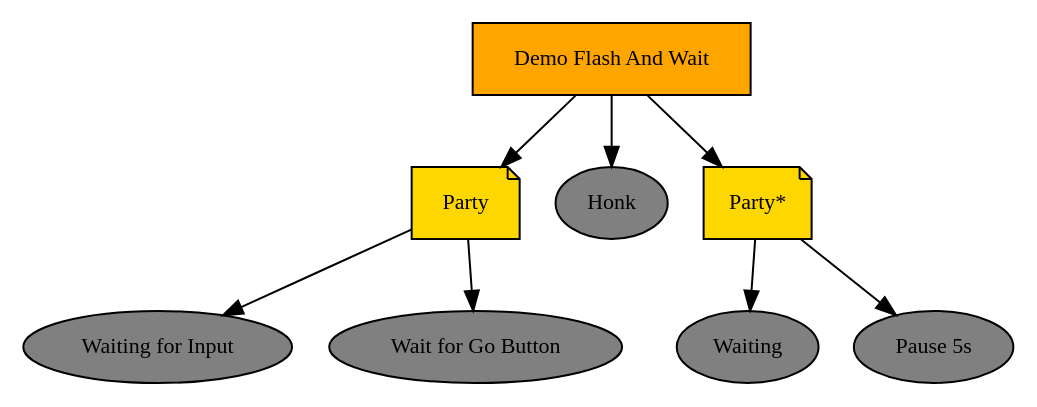
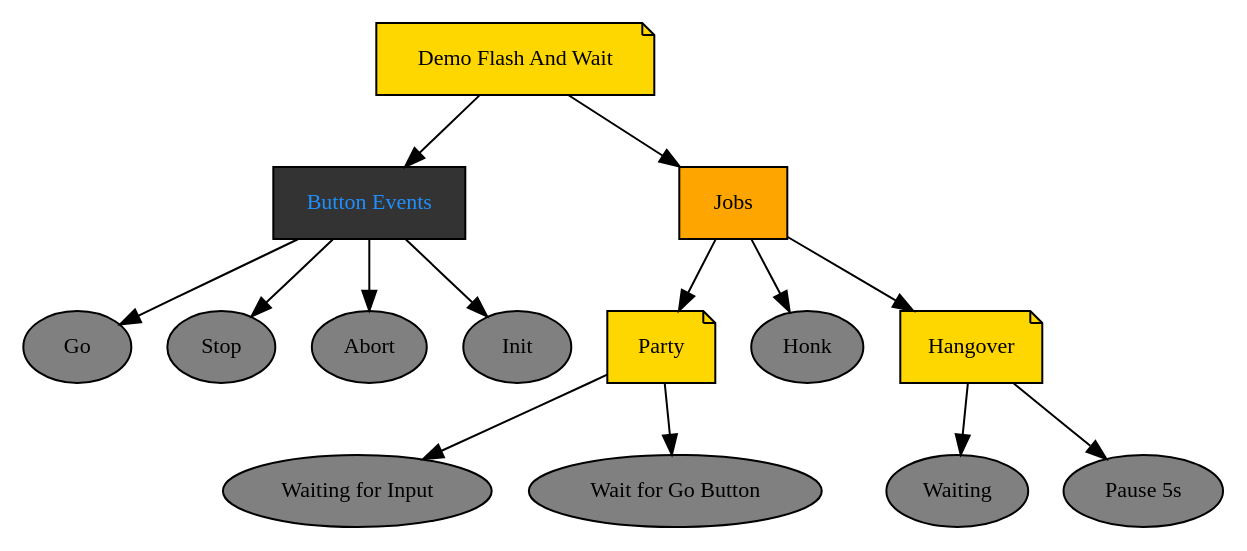
Before and after one commit to splintered-reality/py_trees: the diagram in gopher_behaviours/doc/dot/demo_flash_and_wait.dot, drawn with Graphviz. The commit also changed 6 other files, not shown here.

```diff
--- a/gopher_behaviours/doc/dot/demo_flash_and_wait.dot
+++ b/gopher_behaviours/doc/dot/demo_flash_and_wait.dot
@@ -1,17 +1,29 @@
 digraph demo_flash_and_wait {
-"Demo Flash And Wait" [fontcolor=black, shape=box, fontsize=11, style=filled, fillcolor=orange];
+"Demo Flash And Wait" [fontcolor=black, shape=note, fontsize=11, style=filled, fillcolor=gold];
+"Button Events" [fontcolor=dodgerblue, shape=box, fontsize=11, style=filled, fillcolor=gray20];
+"Demo Flash And Wait" -> "Button Events";
+Go [fontcolor=black, shape=ellipse, fontsize=11, style=filled, fillcolor=gray];
+"Button Events" -> Go;
+Stop [fontcolor=black, shape=ellipse, fontsize=11, style=filled, fillcolor=gray];
+"Button Events" -> Stop;
+Abort [fontcolor=black, shape=ellipse, fontsize=11, style=filled, fillcolor=gray];
+"Button Events" -> Abort;
+Init [fontcolor=black, shape=ellipse, fontsize=11, style=filled, fillcolor=gray];
+"Button Events" -> Init;
+Jobs [fontcolor=black, shape=box, fontsize=11, style=filled, fillcolor=orange];
+"Demo Flash And Wait" -> Jobs;
 Party [fontcolor=black, shape=note, fontsize=11, style=filled, fillcolor=gold];
-"Demo Flash And Wait" -> Party;
+Jobs -> Party;
 "Waiting for Input" [fontcolor=black, shape=ellipse, fontsize=11, style=filled, fillcolor=gray];
 Party -> "Waiting for Input";
 "Wait for Go Button" [fontcolor=black, shape=ellipse, fontsize=11, style=filled, fillcolor=gray];
 Party -> "Wait for Go Button";
 Honk [fontcolor=black, shape=ellipse, fontsize=11, style=filled, fillcolor=gray];
-"Demo Flash And Wait" -> Honk;
-"Party*" [fontcolor=black, shape=note, fontsize=11, style=filled, fillcolor=gold];
-"Demo Flash And Wait" -> "Party*";
+Jobs -> Honk;
+Hangover [fontcolor=black, shape=note, fontsize=11, style=filled, fillcolor=gold];
+Jobs -> Hangover;
 Waiting [fontcolor=black, shape=ellipse, fontsize=11, style=filled, fillcolor=gray];
-"Party*" -> Waiting;
+Hangover -> Waiting;
 "Pause 5s" [fontcolor=black, shape=ellipse, fontsize=11, style=filled, fillcolor=gray];
-"Party*" -> "Pause 5s";
+Hangover -> "Pause 5s";
 }
```
